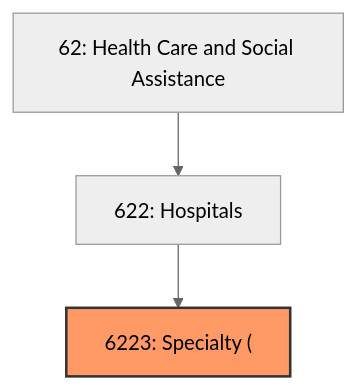
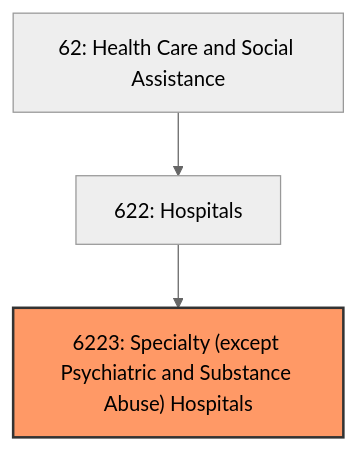
Before and after one commit to kziemski/business.org.ai: the first of 3 diagrams in industries/Healthcare/Hospitals/Specialty.mdx, drawn with Mermaid (neutral theme). The commit also changed other lines of this file and 67418 other files, not shown here.

````diff
--- a/industries/Healthcare/Hospitals/Specialty.mdx
+++ b/industries/Healthcare/Hospitals/Specialty.mdx
@@ -20,7 +20,7 @@
 ```mermaid
 graph TD
     S62["62: Health Care and Social Assistance"]
     S62 --> N622["622: Hospitals"]
-    N622 --> N6223["6223: Specialty ("]
+    N622 --> N6223["6223: Specialty (except Psychiatric and Substance Abuse) Hospitals"]
     style N6223 fill:#f96,stroke:#333,stroke-width:2px
 ```
````
